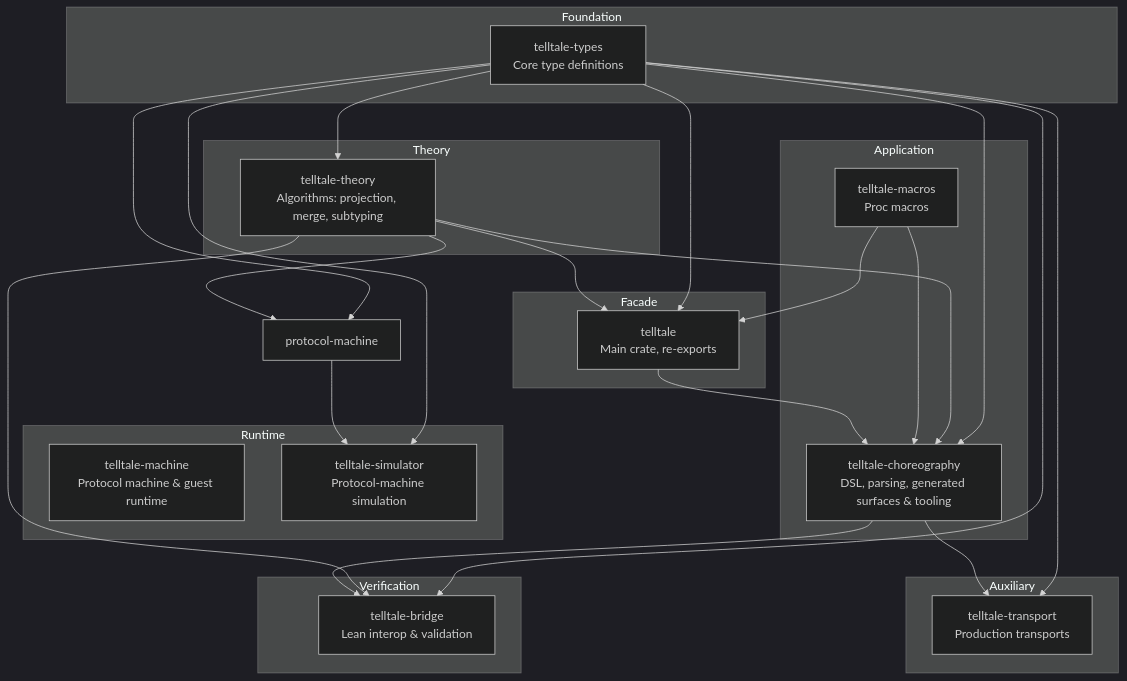
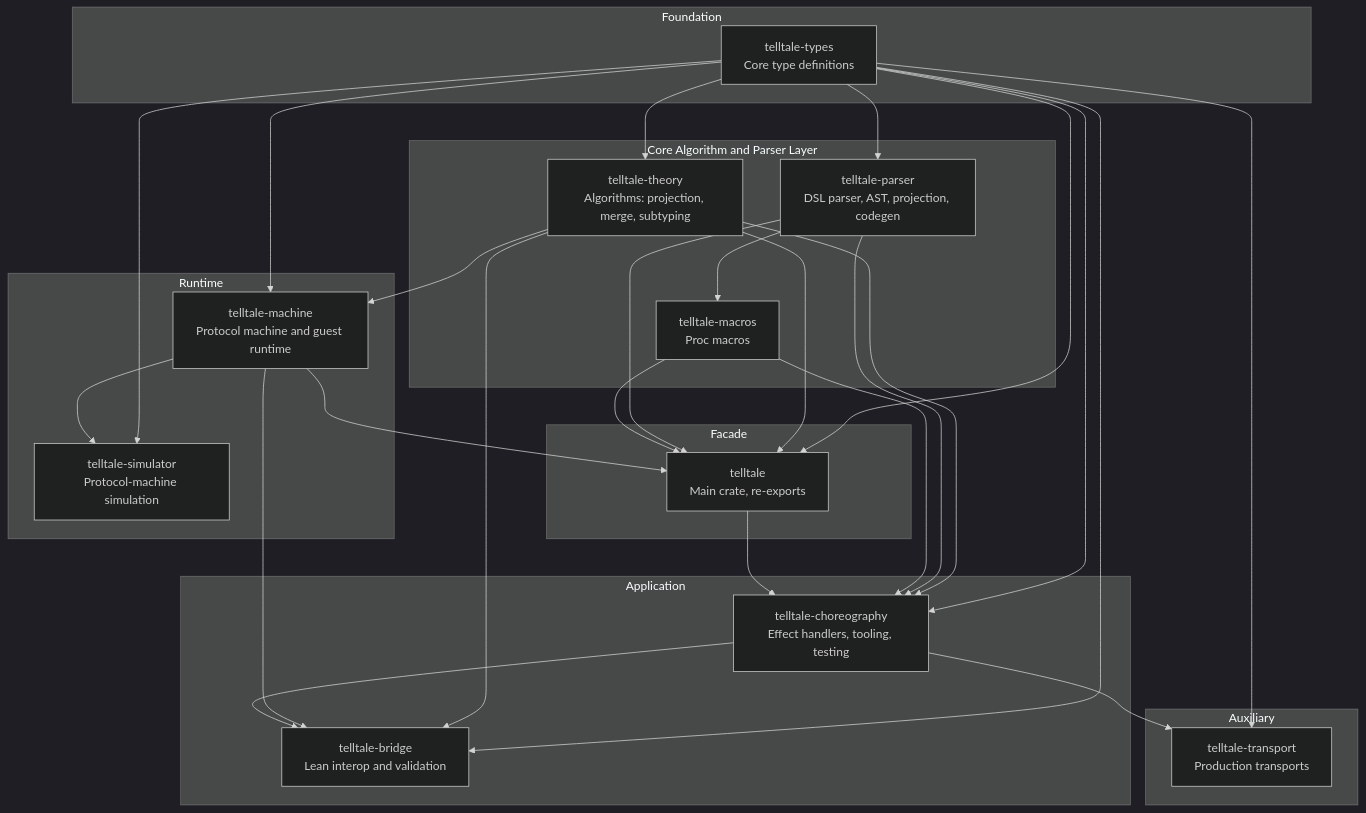
The diagram in docs/04_code_organization.md (hxrts/telltale), drawn with Mermaid (dark theme) before and after one commit. The commit also changed other lines of this file and 1 other file, not shown here.

Commit message:
fix: correct mermaid diagrams in architecture and code organization docs

````diff
--- a/docs/04_code_organization.md
+++ b/docs/04_code_organization.md
@@ -33,55 +33,60 @@
 ```mermaid
 graph TB
     subgraph Foundation
         types["telltale-types<br/>Core type definitions"]
     end
 
-    subgraph Theory
+    subgraph Core["Core Algorithm and Parser Layer"]
         theory["telltale-theory<br/>Algorithms: projection, merge, subtyping"]
-    end
-
-    subgraph Verification
-        lean["telltale-bridge<br/>Lean interop & validation"]
+        parser["telltale-parser<br/>DSL parser, AST, projection, codegen"]
+        macros["telltale-macros<br/>Proc macros"]
     end
 
     subgraph Runtime
-        vm["telltale-machine<br/>Protocol machine & guest runtime"]
+        machine["telltale-machine<br/>Protocol machine and guest runtime"]
         simulator["telltale-simulator<br/>Protocol-machine simulation"]
     end
 
     subgraph Application
-        choreo["telltale-choreography<br/>DSL, parsing, generated surfaces & tooling"]
-        macros["telltale-macros<br/>Proc macros"]
+        choreo["telltale-choreography<br/>Effect handlers, tooling, testing"]
+        lean["telltale-bridge<br/>Lean interop and validation"]
     end
 
     subgraph Facade
         main["telltale<br/>Main crate, re-exports"]
     end
 
     subgraph Auxiliary
         transport["telltale-transport<br/>Production transports"]
     end
 
     types --> theory
-    types --> main
+    types --> parser
+    types --> machine
+    types --> simulator
     types --> choreo
     types --> lean
-    types --> protocol-machine
-    types --> simulator
+    types --> main
+    types --> transport
 
-    theory --> main
-    theory --> protocol-machine
+    theory --> machine
     theory --> choreo
     theory --> lean
+    theory --> main
 
-    protocol-machine --> simulator
+    parser --> macros
+    parser --> choreo
+    parser --> main
 
+    machine --> simulator
+    machine --> lean
+    machine --> main
+
+    macros --> choreo
     macros --> main
-    macros --> choreo
+
     main --> choreo
 
     choreo --> lean
-
-    types --> transport
     choreo --> transport
 ```
````
